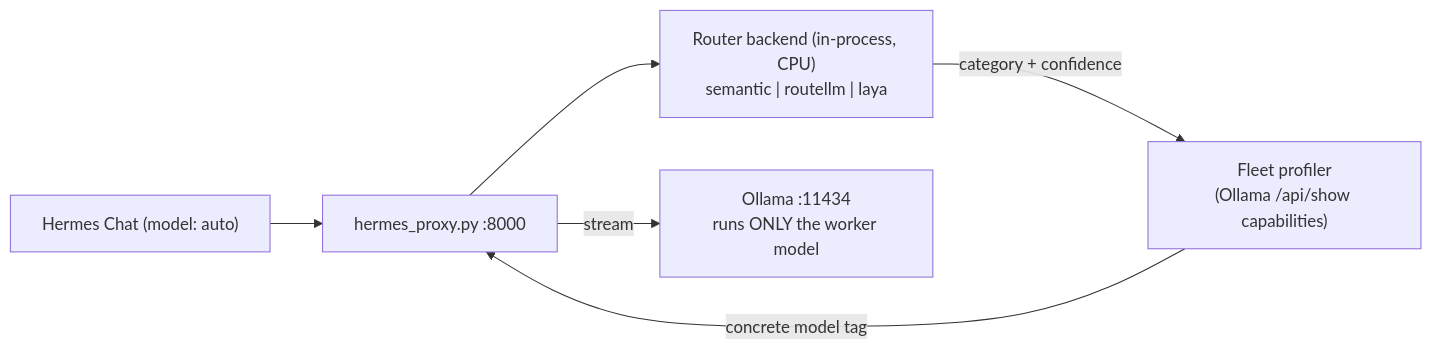
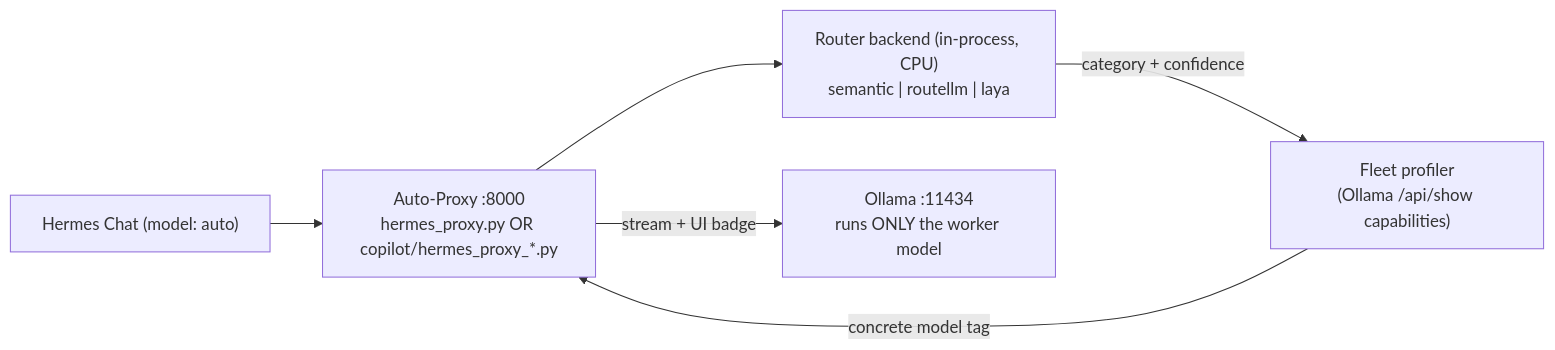
The diagram in ROUTER_EVALUATION_PLAN.md (mabusall/hermes-copilot), drawn with Mermaid before and after one commit. The commit also changed other lines of this file and 20 other files, not shown here.

````diff
--- a/ROUTER_EVALUATION_PLAN.md
+++ b/ROUTER_EVALUATION_PLAN.md
@@ -15,8 +15,8 @@
 ```mermaid
 flowchart LR
-    H["Hermes Chat (model: auto)"] --> P["hermes_proxy.py :8000"]
+    H["Hermes Chat (model: auto)"] --> P["Auto-Proxy :8000<br/>hermes_proxy.py OR copilot/hermes_proxy_*.py"]
     P --> R["Router backend (in-process, CPU)<br/>semantic | routellm | laya"]
     R -->|"category + confidence"| F["Fleet profiler<br/>(Ollama /api/show capabilities)"]
     F -->|"concrete model tag"| P
-    P -->|"stream"| O["Ollama :11434<br/>runs ONLY the worker model"]
+    P -->|"stream + UI badge"| O["Ollama :11434<br/>runs ONLY the worker model"]
 ```
````
